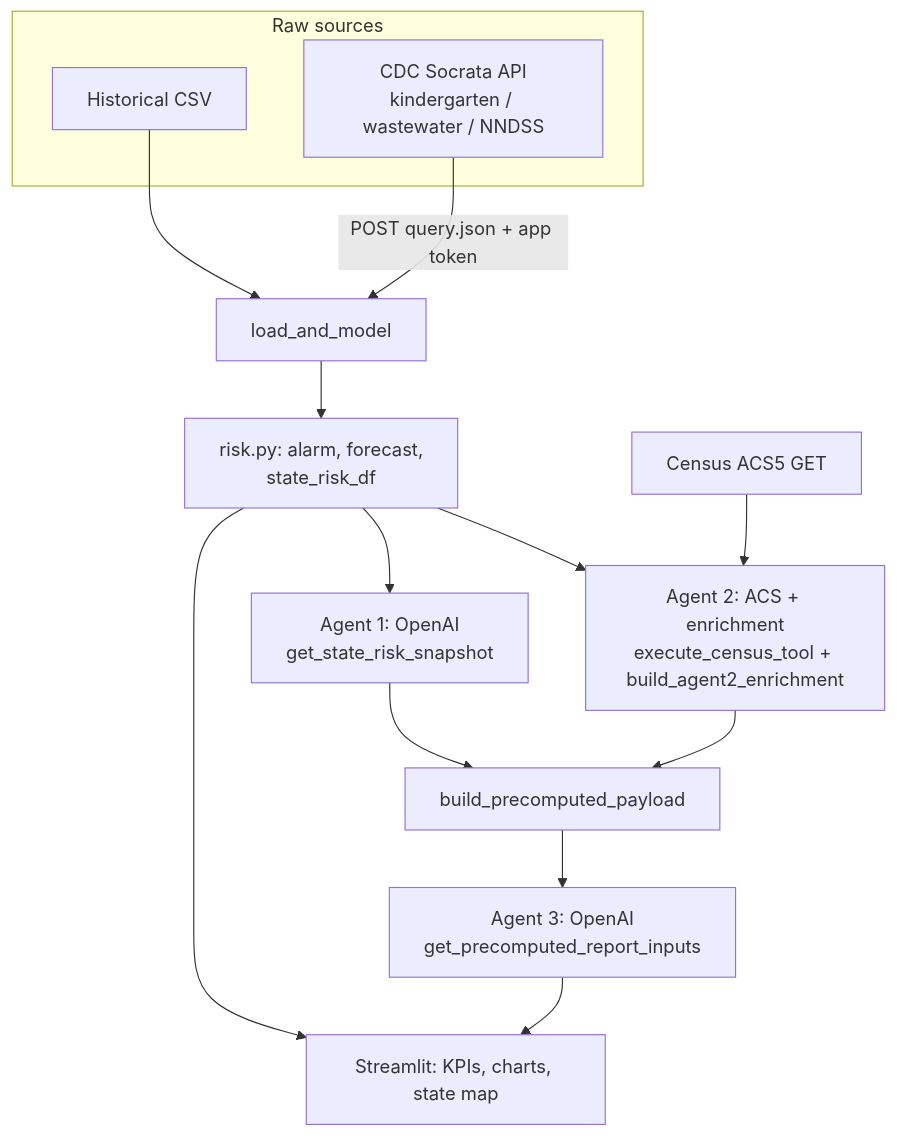
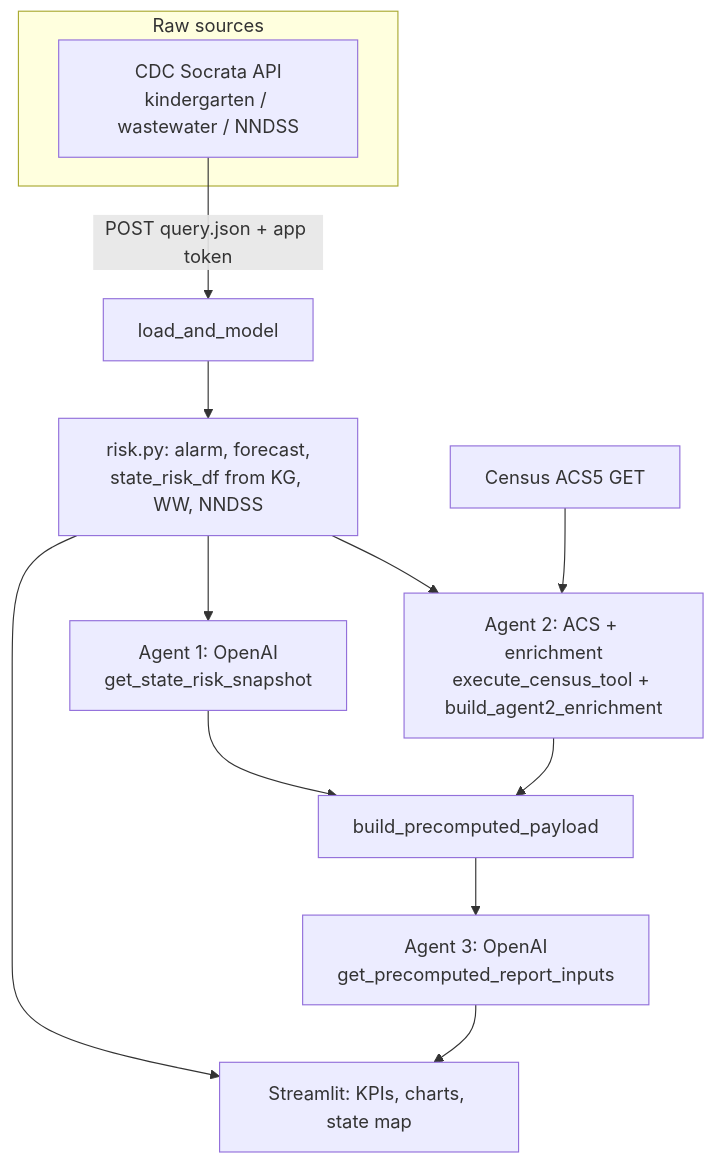
One commit to MatthewTirelli/ToolV2 changed the diagram in dashboard_v3/technical_documentation.md. Above: the diagram before and after it, drawn with Mermaid. The commit also changed other lines of this file, not shown here.

Commit message:
updating process diagram

````diff
--- a/dashboard_v3/technical_documentation.md
+++ b/dashboard_v3/technical_documentation.md
@@ -34,23 +34,21 @@
 ```mermaid
 flowchart TD
     subgraph sources [Raw sources]
-        CSV[Historical CSV]
         Socrata[CDC Socrata API<br/>kindergarten / wastewater / NNDSS]
     end
 
-    CSV --> LM[load_and_model]
-    Socrata -->|POST query.json + app token| LM
+    Socrata -->|POST query.json + app token| LM[load_and_model]
 
-    LM --> CORE[risk.py: alarm, forecast,<br/>state_risk_df]
+    LM --> CORE[risk.py: alarm, forecast,<br/>state_risk_df from KG, WW, NNDSS]
 
     CORE --> UI[Streamlit: KPIs, charts, state map]
 
     CORE --> A1[Agent 1: OpenAI<br/>get_state_risk_snapshot]
     CORE --> A2[Agent 2: ACS + enrichment<br/>execute_census_tool + build_agent2_enrichment]
     ACS[Census ACS5 GET] --> A2
 
     A1 --> PAYLOAD[build_precomputed_payload]
     A2 --> PAYLOAD
     PAYLOAD --> A3[Agent 3: OpenAI<br/>get_precomputed_report_inputs]
     A3 --> UI
 ```
````
